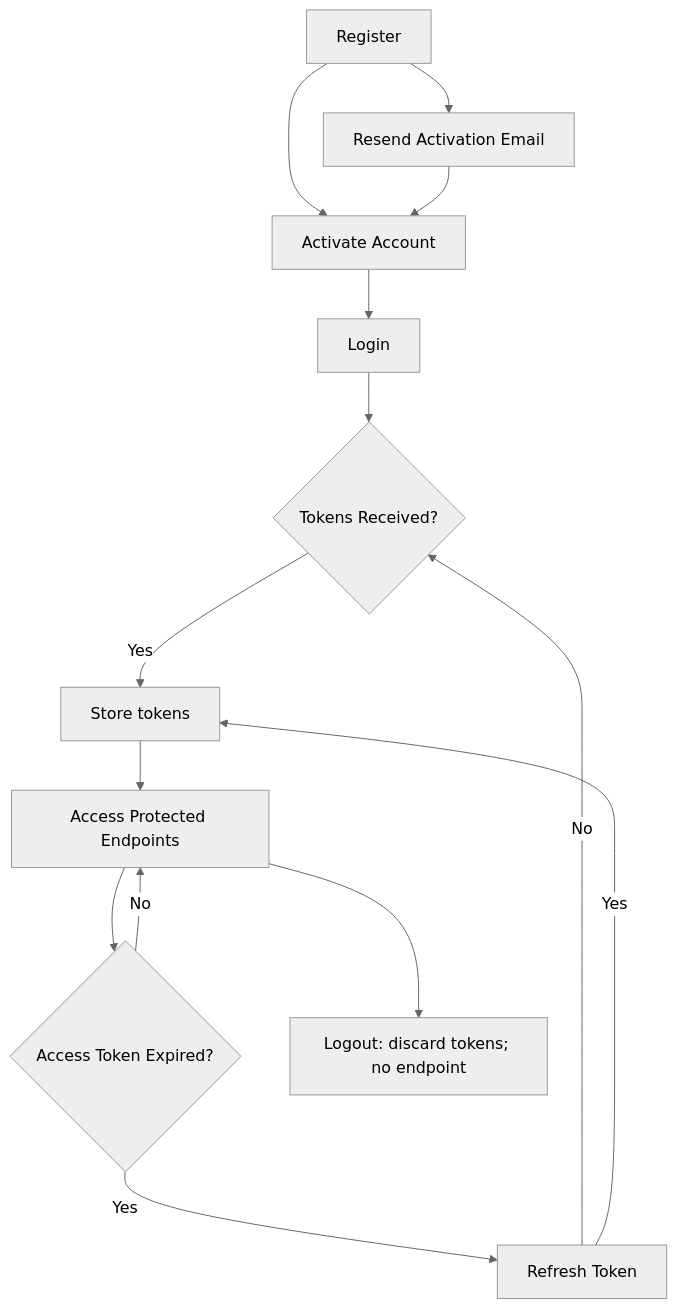
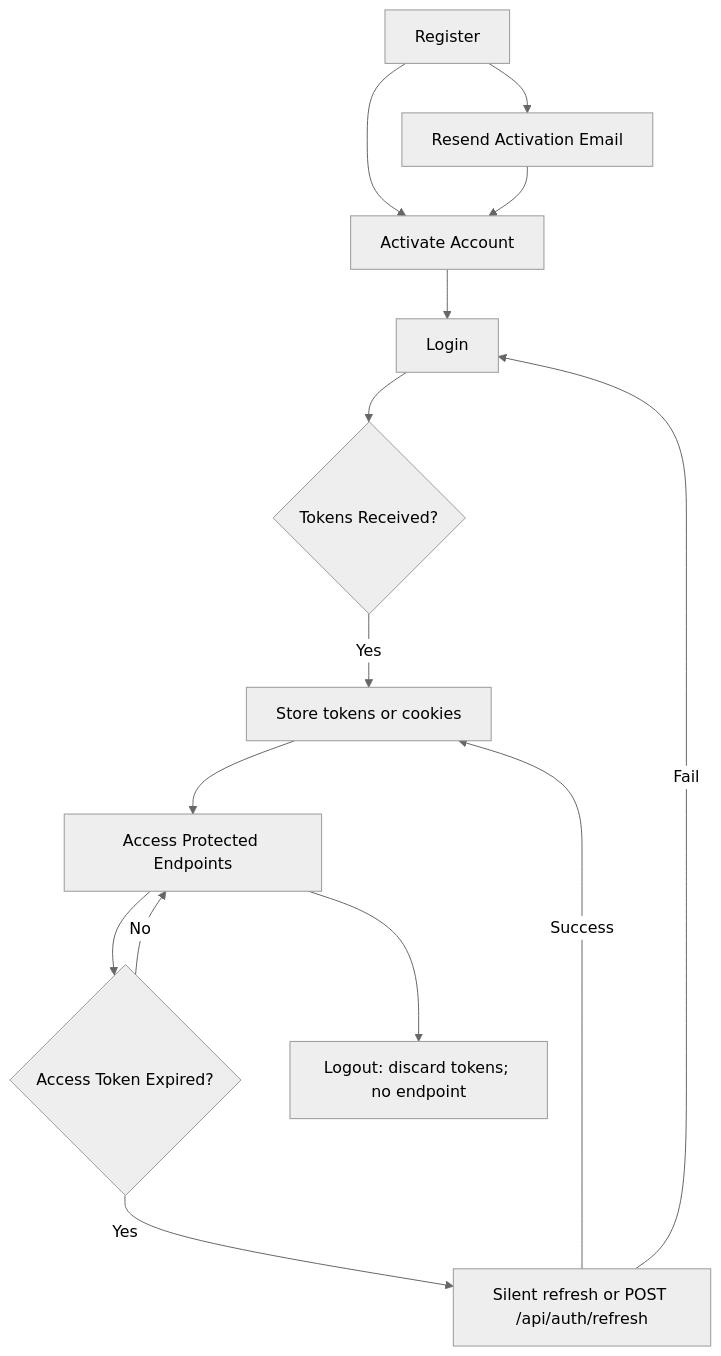
Before and after one commit to bsh-devsolutions/documentation: the diagram in app/docs/bsh-engine/api/authentication/page.mdx, drawn with Mermaid (neutral theme). The commit also changed other lines of this file and 34 other files, not shown here.

````diff
--- a/app/docs/bsh-engine/api/authentication/page.mdx
+++ b/app/docs/bsh-engine/api/authentication/page.mdx
@@ -65,16 +96,16 @@
 ```mermaid
 flowchart TD
     X[Register] --> Y[Activate Account]
     X --> Z[Resend Activation Email]
     Z --> Y
     Y --> A[Login]
     A[Login] --> B{Tokens Received?}
-    B -- Yes --> C[Store tokens]
+    B -- Yes --> C[Store tokens or cookies]
     C --> D[Access Protected Endpoints]
     D --> E{Access Token Expired?}
     E -- No --> D
-    E -- Yes --> F[Refresh Token]
-    F -- No --> B
-    F -- Yes --> C
+    E -- Yes --> F[Silent refresh or POST /api/auth/refresh]
+    F -- Success --> C
+    F -- Fail --> A
     D --> G[Logout: discard tokens; no endpoint]
 ```
````
